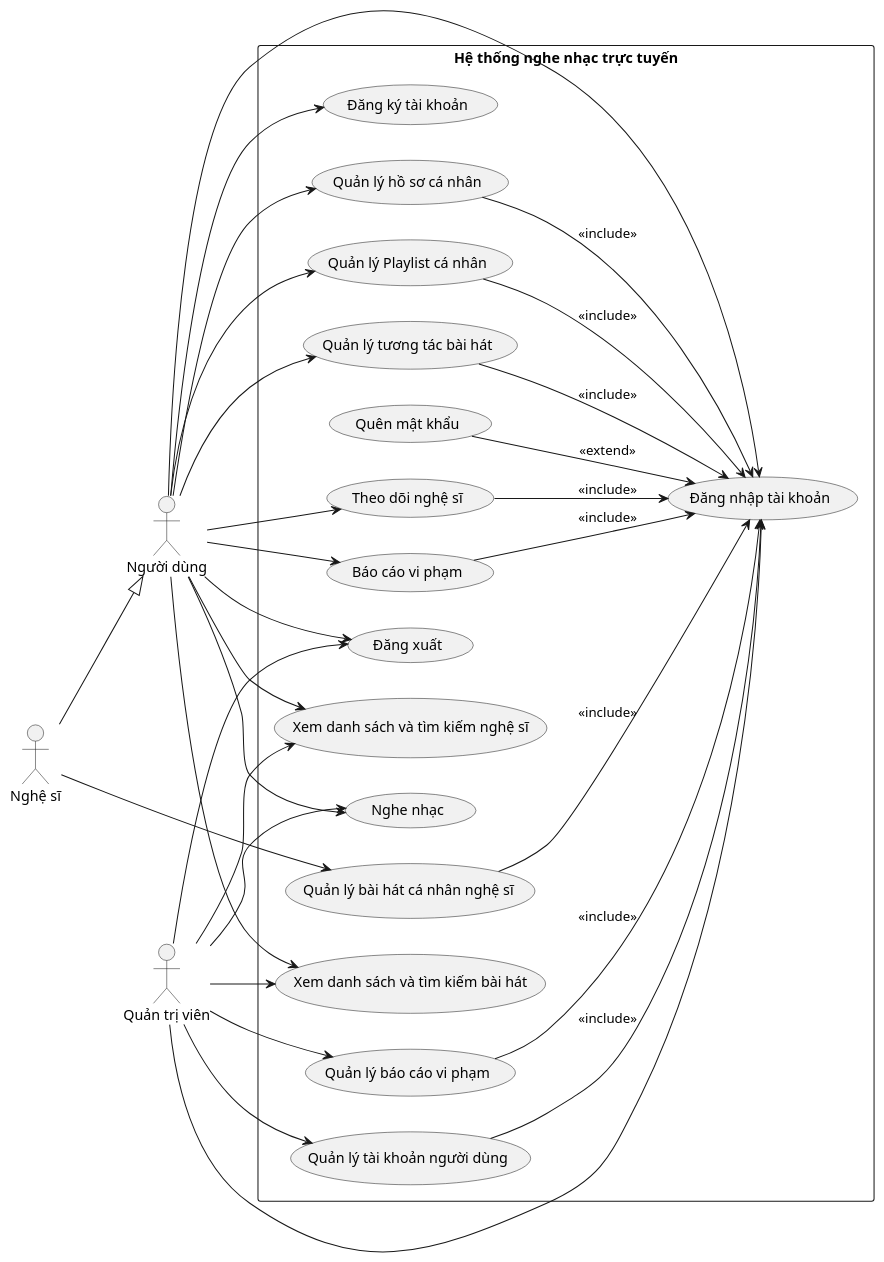
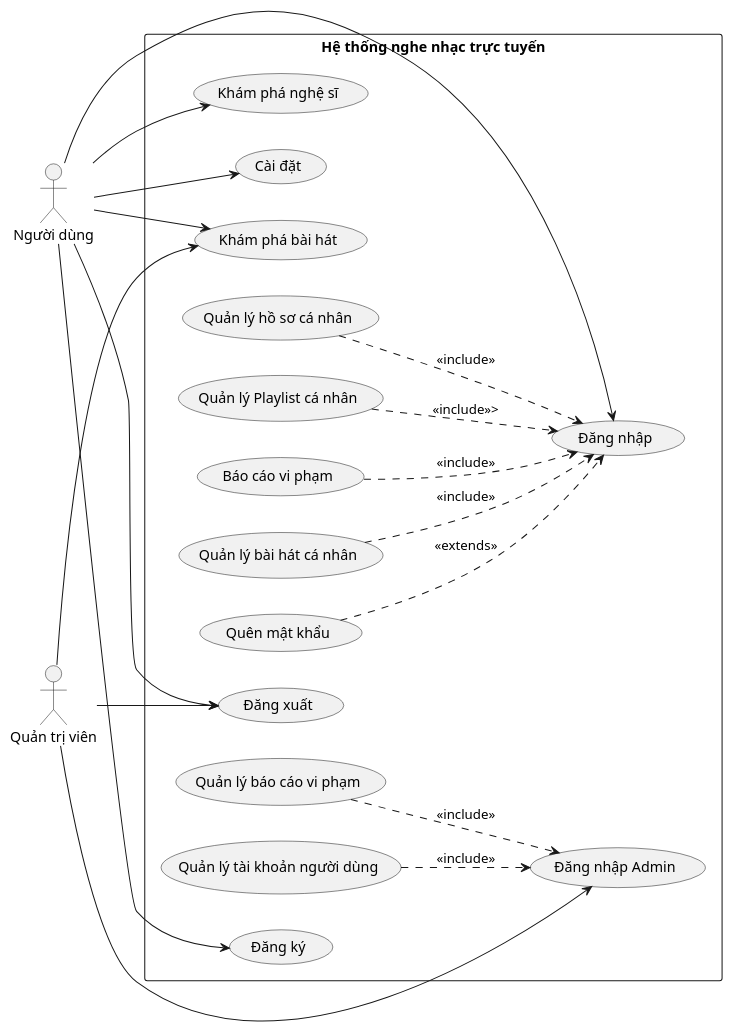
The diagram in Diagrams/UsecaseDiagram/ComprehensiveUsecaseDiagram.plantuml (vinh047/soundwave), drawn with PlantUML before and after one commit. The commit also changed 5 other files, not shown here.

```diff
--- a/Diagrams/UsecaseDiagram/ComprehensiveUsecaseDiagram.plantuml
+++ b/Diagrams/UsecaseDiagram/ComprehensiveUsecaseDiagram.plantuml
@@ -1,80 +1,56 @@
 @startuml Sơ Đồ Usecase Tổng Quát
 left to right direction
 
 ' Actor
 actor "Người dùng" as User
-actor "Nghệ sĩ" as Artist
 actor "Quản trị viên" as Admin
 
-' Sử dụng kế thừa cho Actor: Nghệ sĩ LÀ MỘT Người dùng
-Artist --|> User
-
 rectangle "Hệ thống nghe nhạc trực tuyến" {
-  ' Use Case cho mọi người (chưa đăng nhập)
-  (Xem danh sách và tìm kiếm bài hát) as UC_ViewSearchSongs
-  (Xem danh sách và tìm kiếm nghệ sĩ) as UC_ViewSearchArtist
-  (Nghe nhạc) as UC_Play
-  (Đăng ký tài khoản) as UC_Register
-  (Đăng nhập tài khoản) as UC_Login
+  ' Use Case cho Khách
+  (Khám phá bài hát) as UC_ExploreSongs
+  (Khám phá nghệ sĩ) as UC_ExploreArtists
+  (Đăng ký) as UC_Register
+  (Đăng nhập) as UC_Login
   (Quên mật khẩu) as UC_ForgetPassword
 
-  ' Use case cần đăng nhập (cho User và Artist)
+  ' Use case cho User
   (Quản lý hồ sơ cá nhân) as UC_ManageProfile
   (Quản lý Playlist cá nhân) as UC_ManagePlaylist
-  (Quản lý tương tác bài hát) as UC_ManageInteract
-  (Theo dõi nghệ sĩ) as UC_Follow
   (Báo cáo vi phạm) as UC_Report
+  (Quản lý bài hát cá nhân) as UC_ManageSongs
+  (Cài đặt) as UC_Settings
 
-  ' Use case chỉ dành cho Artist
-  (Quản lý bài hát cá nhân nghệ sĩ) as UC_ManageSongs
-
-  ' Use case của Admin
+  ' Use case cho Admin
   (Quản lý báo cáo vi phạm) as UC_HandleReport
   (Quản lý tài khoản người dùng) as UC_ManageUserAccount
+  (Đăng nhập Admin) as UC_LoginAdmin
 
-  ' Use case cho tất cả Actor
+  ' Use case cho tất cả
   (Đăng xuất) as UC_Logout
 
   ' -- Mối quan hệ --
-  ' Quan hệ <<extend>>
-  UC_ForgetPassword --> UC_Login : <<extend>>
+  ' Quan hệ <<extends>>
+  UC_ForgetPassword ..> UC_Login : <<extends>>
 
-  ' Quan hệ <<include>> (các chức năng cần đăng nhập)
-  UC_ManageProfile --> UC_Login : <<include>>
-  UC_ManagePlaylist --> UC_Login: <<include>>
-  UC_ManageInteract --> UC_Login: <<include>>
-  UC_Follow --> UC_Login : <<include>>
-  UC_Report --> UC_Login : <<include>>
-  UC_ManageSongs --> UC_Login : <<include>>
-  UC_HandleReport --> UC_Login: <<include>>
-  UC_ManageUserAccount --> UC_Login: <<include>>
+  ' Quan hệ <<include>>
+  UC_ManageProfile ..> UC_Login : <<include>>
+  UC_ManagePlaylist ..> UC_Login: <<include>>>
+  UC_Report ..> UC_Login : <<include>>
+  UC_ManageSongs ..> UC_Login : <<include>>
+
+  UC_HandleReport ..> UC_LoginAdmin : <<include>>
+  UC_ManageUserAccount ..> UC_LoginAdmin : <<include>>
 
   ' -- Gán các actor --
-  ' Actor chưa đăng nhập cũng có thể xem và nghe
-  User --> UC_ViewSearchSongs
-  User --> UC_Play
+  User --> UC_ExploreSongs
   User --> UC_Register
   User --> UC_Login
-  User --> UC_ViewSearchArtist
+  User --> UC_ExploreArtists
+  User --> UC_Logout
+  User --> UC_Settings
 
-  ' User đã đăng nhập (Artist cũng có thể làm vì kế thừa)
-  User --> UC_ManageProfile
-  User --> UC_ManagePlaylist
-  User --> UC_ManageInteract
-  User --> UC_Follow
-  User --> UC_Report
-  User --> UC_Logout
-
-  ' Artist (chức năng riêng)
-  Artist --> UC_ManageSongs
-
-  ' Admin
-  Admin --> UC_Play
-  Admin --> UC_Login
-  Admin --> UC_HandleReport
-  Admin --> UC_ManageUserAccount
-  Admin --> UC_ViewSearchSongs
-  Admin --> UC_ViewSearchArtist
+  Admin --> UC_LoginAdmin
+  Admin --> UC_ExploreSongs
   Admin --> UC_Logout
 }
 @enduml
```
